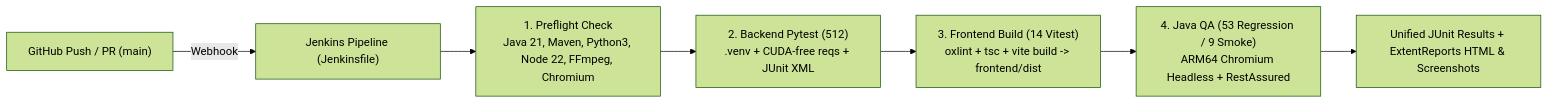
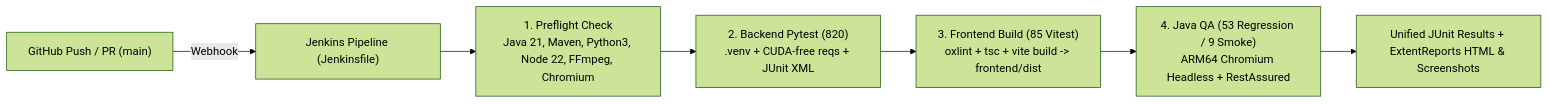
The second of 2 diagrams in docs/QA_TEST_PLAN.md (talevi83/SubBuildStudio), drawn with Mermaid (forest theme) before and after one commit. The commit also changed other lines of this file and 2 other files, not shown here.

````diff
--- a/docs/QA_TEST_PLAN.md
+++ b/docs/QA_TEST_PLAN.md
@@ -193,9 +191,9 @@
 ```mermaid
 flowchart LR
     GH["GitHub Push / PR (main)"] -->|Webhook| J["Jenkins Pipeline (Jenkinsfile)"]
     J --> S1["1. Preflight Check<br/>Java 21, Maven, Python3, Node 22, FFmpeg, Chromium"]
-    S1 --> S2["2. Backend Pytest (512)<br/>.venv + CUDA-free reqs + JUnit XML"]
-    S2 --> S3["3. Frontend Build (14 Vitest)<br/>oxlint + tsc + vite build -> frontend/dist"]
+    S1 --> S2["2. Backend Pytest (820)<br/>.venv + CUDA-free reqs + JUnit XML"]
+    S2 --> S3["3. Frontend Build (85 Vitest)<br/>oxlint + tsc + vite build -> frontend/dist"]
     S3 --> S4["4. Java QA (53 Regression / 9 Smoke)<br/>ARM64 Chromium Headless + RestAssured"]
     S4 --> R["Unified JUnit Results + ExtentReports HTML & Screenshots"]
 ```
````
